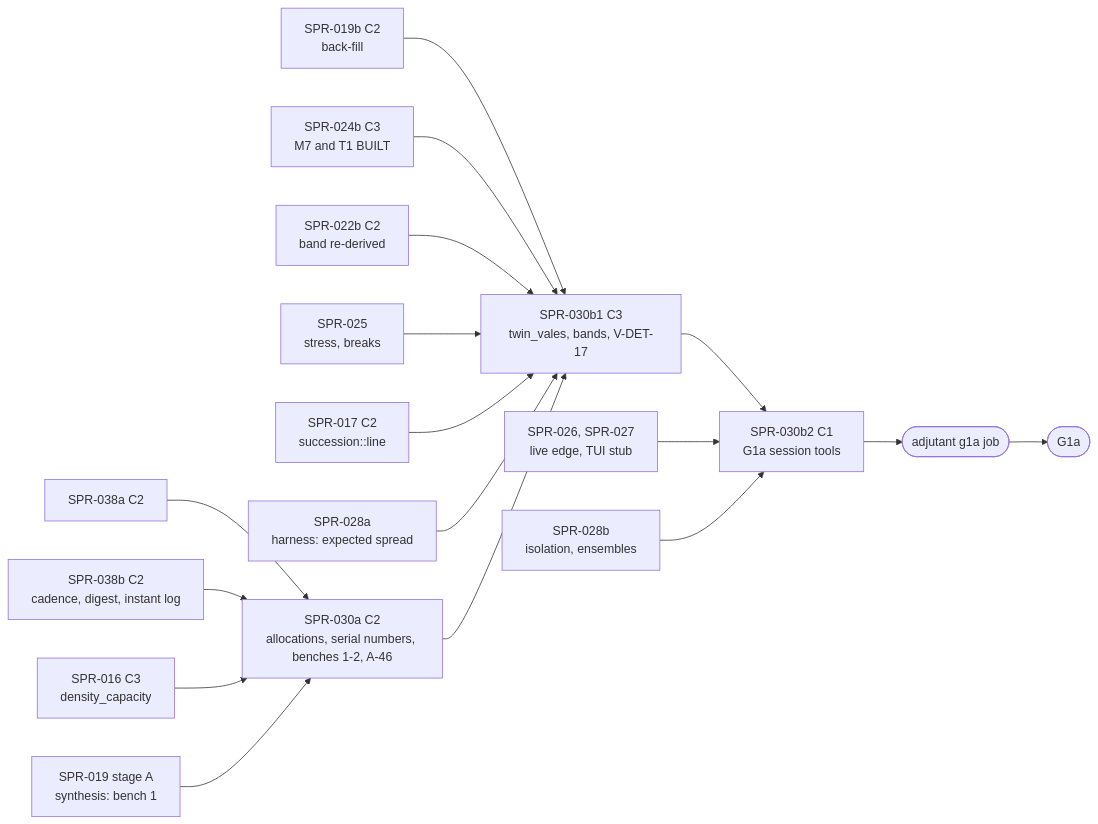
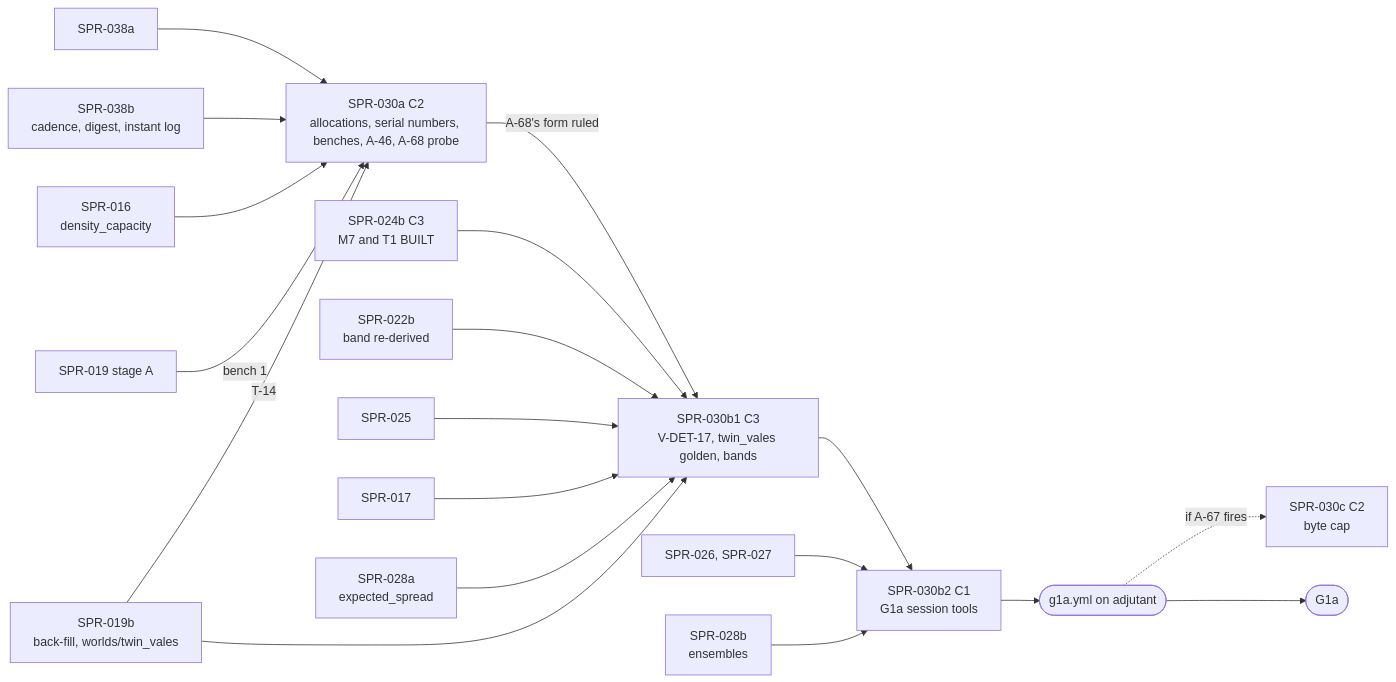
One commit to BigRigVibeCoder/Rehoboam changed the diagram in CODEX/05_PROJECT/SPR-030_ScaleAndGoldens.md. Above: the diagram before and after it, drawn with Mermaid. The commit also changed other lines of this file and 2 other files, not shown here.

````diff
--- a/CODEX/05_PROJECT/SPR-030_ScaleAndGoldens.md
+++ b/CODEX/05_PROJECT/SPR-030_ScaleAndGoldens.md
@@ -321,19 +341,21 @@
 ```mermaid
 flowchart LR
-  S038a[SPR-038a C2] --> S030a[SPR-030a C2<br/>allocations, serial numbers, benches 1-2, A-46]
-  S038b[SPR-038b C2<br/>cadence, digest, instant log] --> S030a
-  S016[SPR-016 C3<br/>density_capacity] --> S030a
-  S019[SPR-019 stage A<br/>synthesis: bench 1] --> S030a
-  S019b[SPR-019b C2<br/>back-fill] --> S030b1[SPR-030b1 C3<br/>twin_vales, bands, V-DET-17]
+  S038a[SPR-038a] --> S030a[SPR-030a C2<br/>allocations, serial numbers, benches, A-46, A-68 probe]
+  S038b[SPR-038b<br/>cadence, digest, instant log] --> S030a
+  S016[SPR-016<br/>density_capacity] --> S030a
+  S019[SPR-019 stage A] -->|bench 1| S030a
+  S019b[SPR-019b<br/>back-fill, worlds/twin_vales] -->|T-14| S030a
+  S030a -->|A-68's form ruled| S030b1[SPR-030b1 C3<br/>V-DET-17, twin_vales golden, bands]
   S024b[SPR-024b C3<br/>M7 and T1 BUILT] --> S030b1
-  S022b[SPR-022b C2<br/>band re-derived] --> S030b1
-  S025[SPR-025<br/>stress, breaks] --> S030b1
-  S017[SPR-017 C2<br/>succession::line] --> S030b1
-  S028a[SPR-028a<br/>harness: expected spread] --> S030b1
-  S030a --> S030b1
+  S022b[SPR-022b<br/>band re-derived] --> S030b1
+  S025[SPR-025] --> S030b1
+  S017[SPR-017] --> S030b1
+  S028a[SPR-028a<br/>expected_spread] --> S030b1
+  S019b --> S030b1
   S030b1 --> S030b2[SPR-030b2 C1<br/>G1a session tools]
-  S026[SPR-026, SPR-027<br/>live edge, TUI stub] --> S030b2
-  S028b[SPR-028b<br/>isolation, ensembles] --> S030b2
-  S030b2 --> ADJ([adjutant g1a job])
+  S026[SPR-026, SPR-027] --> S030b2
+  S028b[SPR-028b<br/>ensembles] --> S030b2
+  S030b2 --> ADJ([g1a.yml on adjutant])
+  ADJ -.if A-67 fires.-> S030c[SPR-030c C2<br/>byte cap]
   ADJ --> G1a([G1a])
 ```
````
